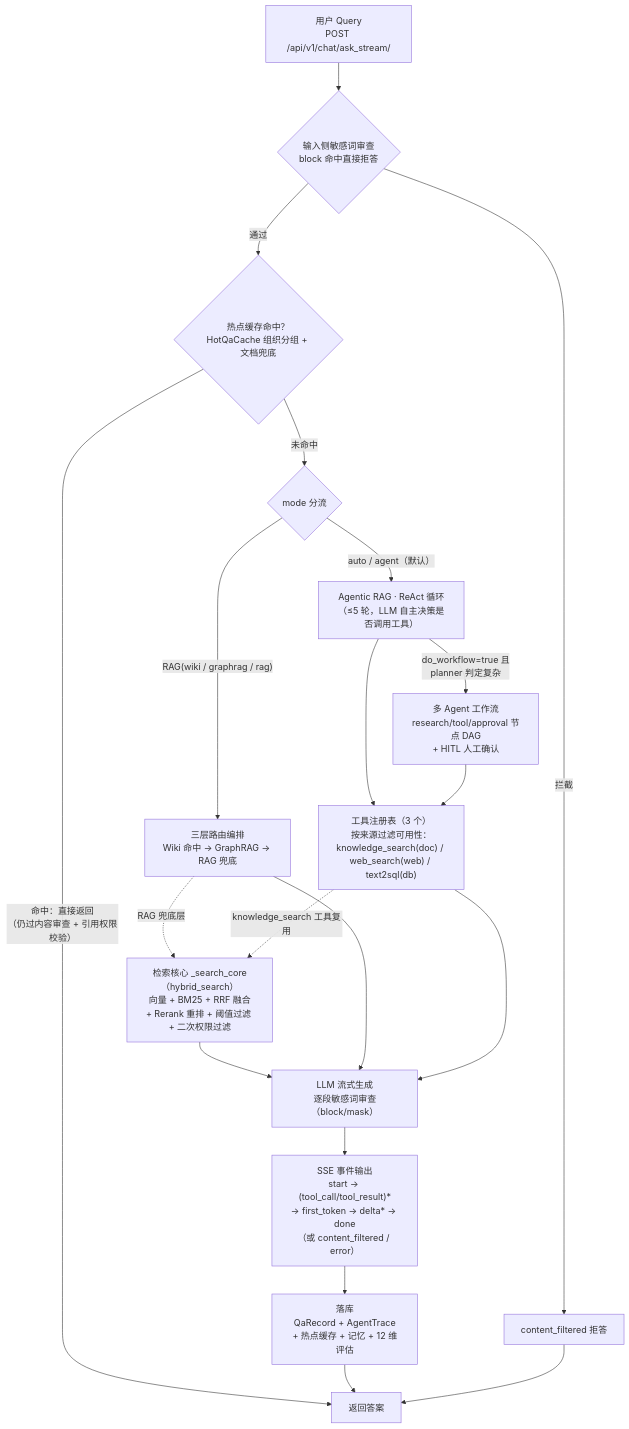
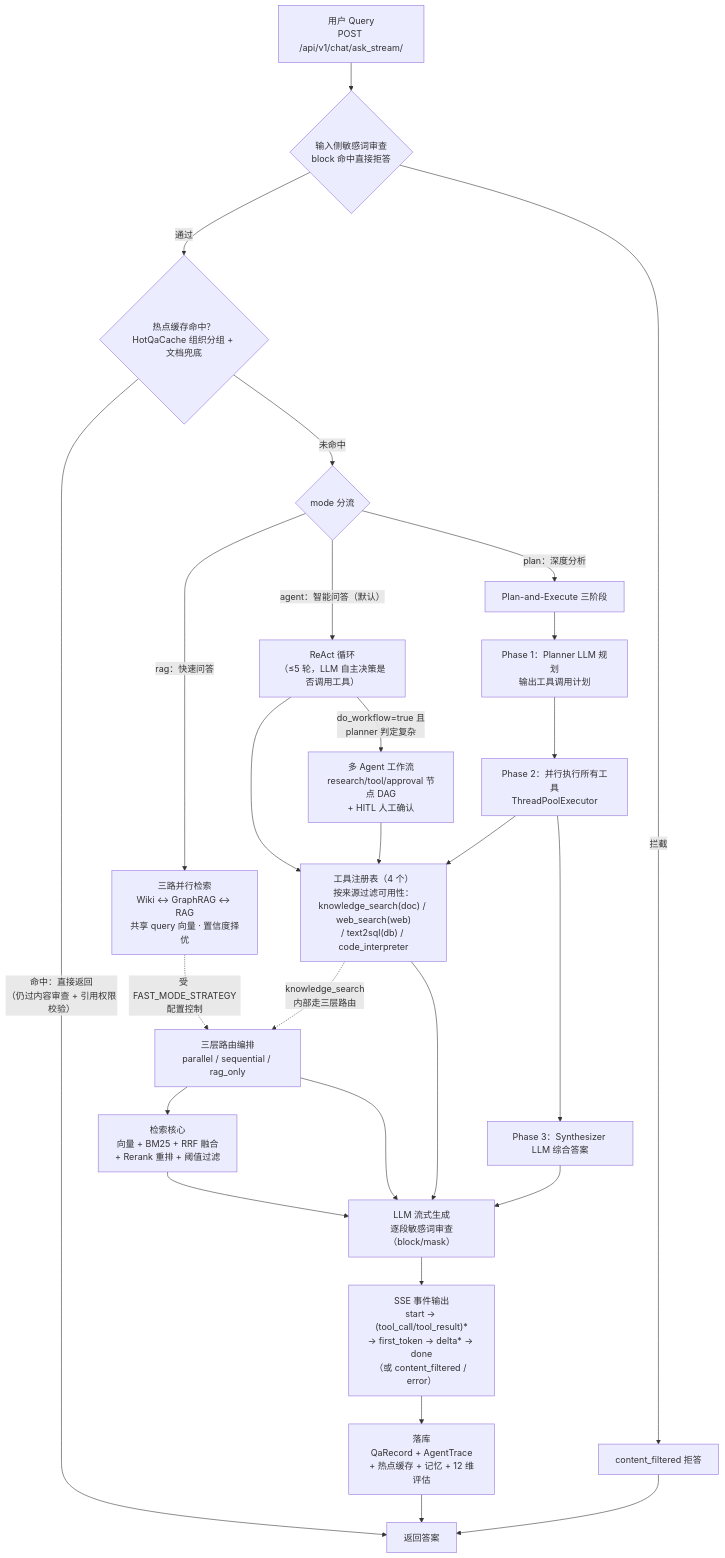
Before and after one commit to caoyang728/rag: the diagram in README.md, drawn with Mermaid. The commit also changed other lines of this file and 36 other files, not shown here.

````diff
--- a/README.md
+++ b/README.md
@@ -45,24 +48,34 @@
 ```mermaid
 flowchart TD
     Q["用户 Query<br/>POST /api/v1/chat/ask_stream/"] --> IN{"输入侧敏感词审查<br/>block 命中直接拒答"}
     IN -->|"拦截"| F["content_filtered 拒答"]
     IN -->|"通过"| CACHE{"热点缓存命中？<br/>HotQaCache 组织分组 + 文档兜底"}
     CACHE -->|"命中：直接返回<br/>（仍过内容审查 + 引用权限校验）"| DONE["返回答案"]
     CACHE -->|"未命中"| MODE{"mode 分流"}
 
-    MODE -->|"RAG(wiki / graphrag / rag)"| ROUTE["三层路由编排<br/>Wiki 命中 → GraphRAG → RAG 兜底"]
-    MODE -->|"auto / agent（默认）"| REACT["Agentic RAG · ReAct 循环<br/>（≤5 轮，LLM 自主决策是否调用工具）"]
+    MODE -->|"rag：快速问答"| RAG_FAST["三路并行检索<br/>Wiki ↔ GraphRAG ↔ RAG<br/>共享 query 向量 · 置信度择优"]
+    MODE -->|"agent：智能问答（默认）"| REACT["ReAct 循环<br/>（≤5 轮，LLM 自主决策是否调用工具）"]
+    MODE -->|"plan：深度分析"| PLAN["Plan-and-Execute 三阶段"]
+
     REACT -->|"do_workflow=true 且<br/>planner 判定复杂"| WF["多 Agent 工作流<br/>research/tool/approval 节点 DAG<br/>+ HITL 人工确认"]
-    REACT --> TOOLS["工具注册表（3 个）<br/>按来源过滤可用性：<br/>knowledge_search(doc) / web_search(web) / text2sql(db)"]
+    REACT --> TOOLS["工具注册表（4 个）<br/>按来源过滤可用性：<br/>knowledge_search(doc) / web_search(web)<br/>/ text2sql(db) / code_interpreter"]
     WF --> TOOLS
 
-    ROUTE -.->|"RAG 兜底层"| CORE["检索核心 _search_core（hybrid_search）<br/>向量 + BM25 + RRF 融合<br/>+ Rerank 重排 + 阈值过滤 + 二次权限过滤"]
-    TOOLS -.->|"knowledge_search 工具复用"| CORE
+    PLAN --> PLANNER["Phase 1：Planner LLM 规划<br/>输出工具调用计划"]
+    PLANNER --> PARALLEL["Phase 2：并行执行所有工具<br/>ThreadPoolExecutor"]
+    PARALLEL --> TOOLS
+    PARALLEL --> SYNTH["Phase 3：Synthesizer LLM 综合答案"]
+
+    RAG_FAST -.->|"受 FAST_MODE_STRATEGY<br/>配置控制"| ORCHESTRATE["三层路由编排<br/>parallel / sequential / rag_only"]
+    ORCHESTRATE --> CORE["检索核心<br/>向量 + BM25 + RRF 融合<br/>+ Rerank 重排 + 阈值过滤"]
+    TOOLS -.->|"knowledge_search<br/>内部走三层路由"| ORCHESTRATE
+
     CORE --> GEN["LLM 流式生成<br/>逐段敏感词审查（block/mask）"]
-    ROUTE --> GEN
+    ORCHESTRATE --> GEN
     TOOLS --> GEN
+    SYNTH --> GEN
     GEN --> SSE["SSE 事件输出<br/>start → (tool_call/tool_result)*<br/>→ first_token → delta* → done<br/>（或 content_filtered / error）"]
     SSE --> PERSIST["落库<br/>QaRecord + AgentTrace<br/>+ 热点缓存 + 记忆 + 12 维评估"]
     PERSIST --> DONE
     F --> DONE
 ```
````
